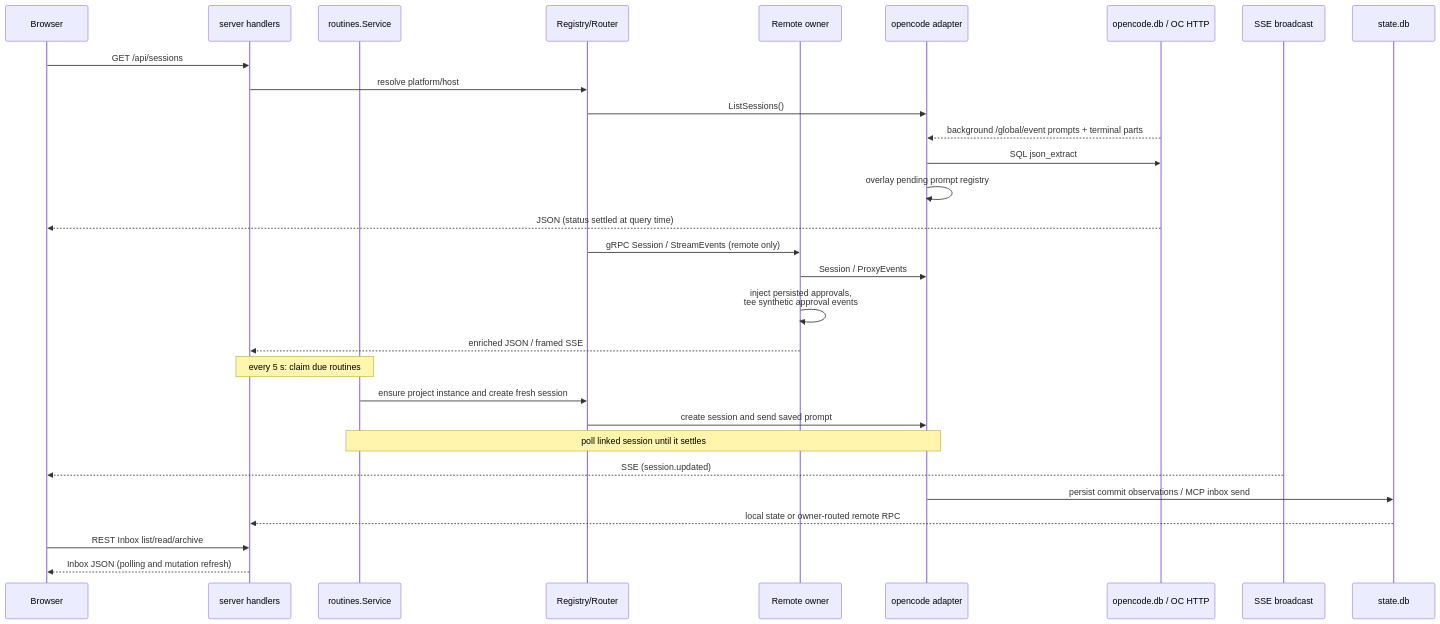
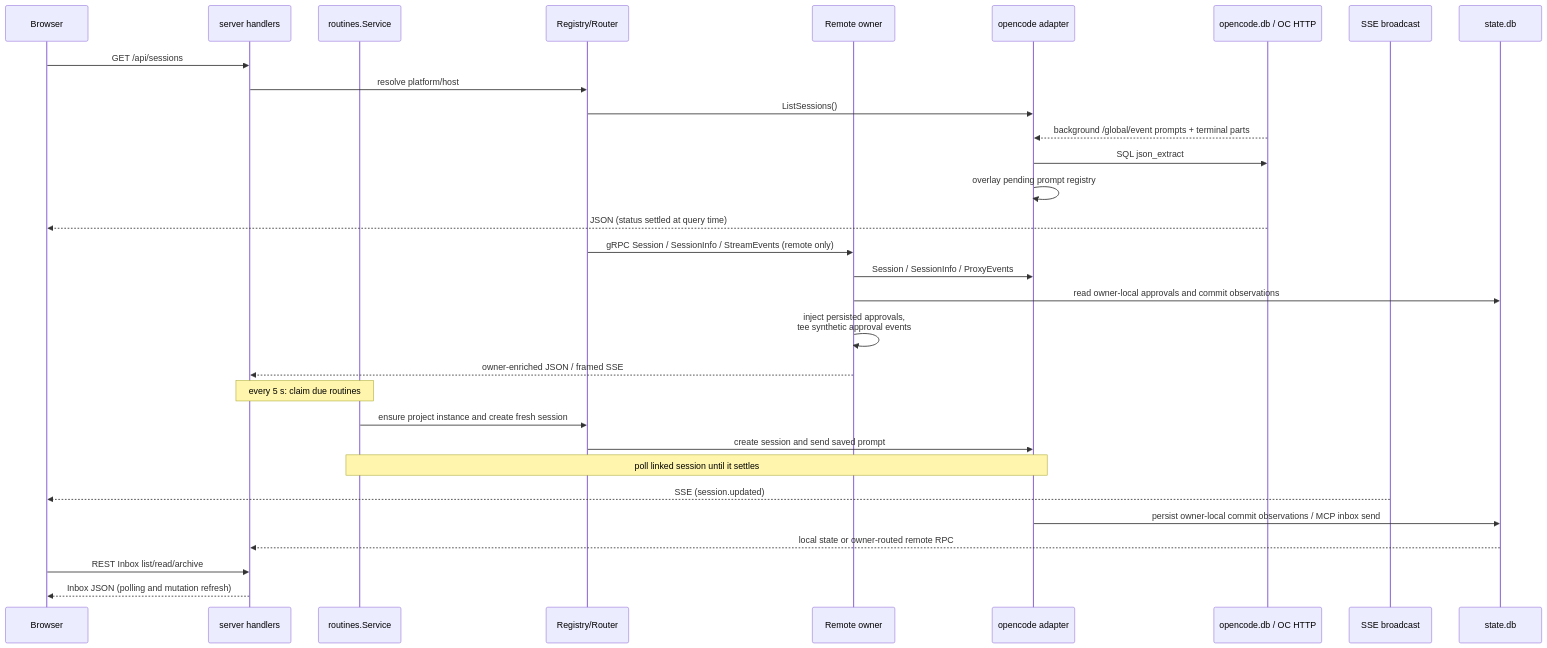
One commit to ocman/ocman changed the fourth of 5 diagrams in docs/other/architecture.md. Above: the diagram before and after it, drawn with Mermaid. The commit also changed other lines of this file and 21 other files, not shown here.

Commit message:
feat: show remote session commits

````diff
--- a/docs/other/architecture.md
+++ b/docs/other/architecture.md
@@ -203,33 +203,34 @@
 ```mermaid
 sequenceDiagram
     participant B as Browser
     participant S as server handlers
     participant Q as routines.Service
     participant R as Registry/Router
     participant O as Remote owner
     participant A as opencode adapter
     participant D as opencode.db / OC HTTP
     participant E as SSE broadcast
     participant I as state.db
 
     B->>S: GET /api/sessions
     S->>R: resolve platform/host
     R->>A: ListSessions()
     D-->>A: background /global/event prompts + terminal parts
     A->>D: SQL json_extract
     A->>A: overlay pending prompt registry
     D-->>B: JSON (status settled at query time)
-    R->>O: gRPC Session / StreamEvents (remote only)
-    O->>A: Session / ProxyEvents
-     O->>O: inject persisted approvals,<br/>tee synthetic approval events
-     O-->>S: enriched JSON / framed SSE
+    R->>O: gRPC Session / SessionInfo / StreamEvents (remote only)
+    O->>A: Session / SessionInfo / ProxyEvents
+    O->>I: read owner-local approvals and commit observations
+    O->>O: inject persisted approvals,<br/>tee synthetic approval events
+    O-->>S: owner-enriched JSON / framed SSE
     Note over S,Q: every 5 s: claim due routines
     Q->>R: ensure project instance and create fresh session
     R->>A: create session and send saved prompt
     Note over Q,A: poll linked session until it settles
     E-->>B: SSE (session.updated)
-    A->>I: persist commit observations / MCP inbox send
+    A->>I: persist owner-local commit observations / MCP inbox send
     I-->>S: local state or owner-routed remote RPC
     B->>S: REST Inbox list/read/archive
     S-->>B: Inbox JSON (polling and mutation refresh)
 ```
````
